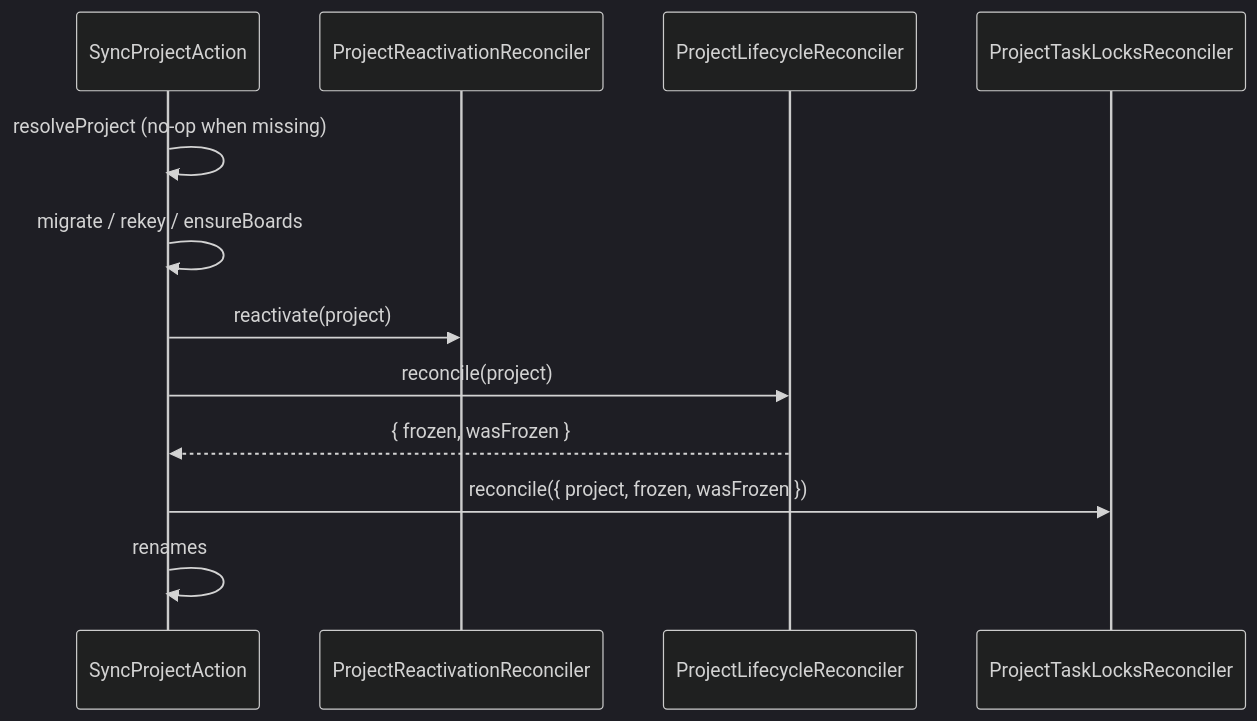
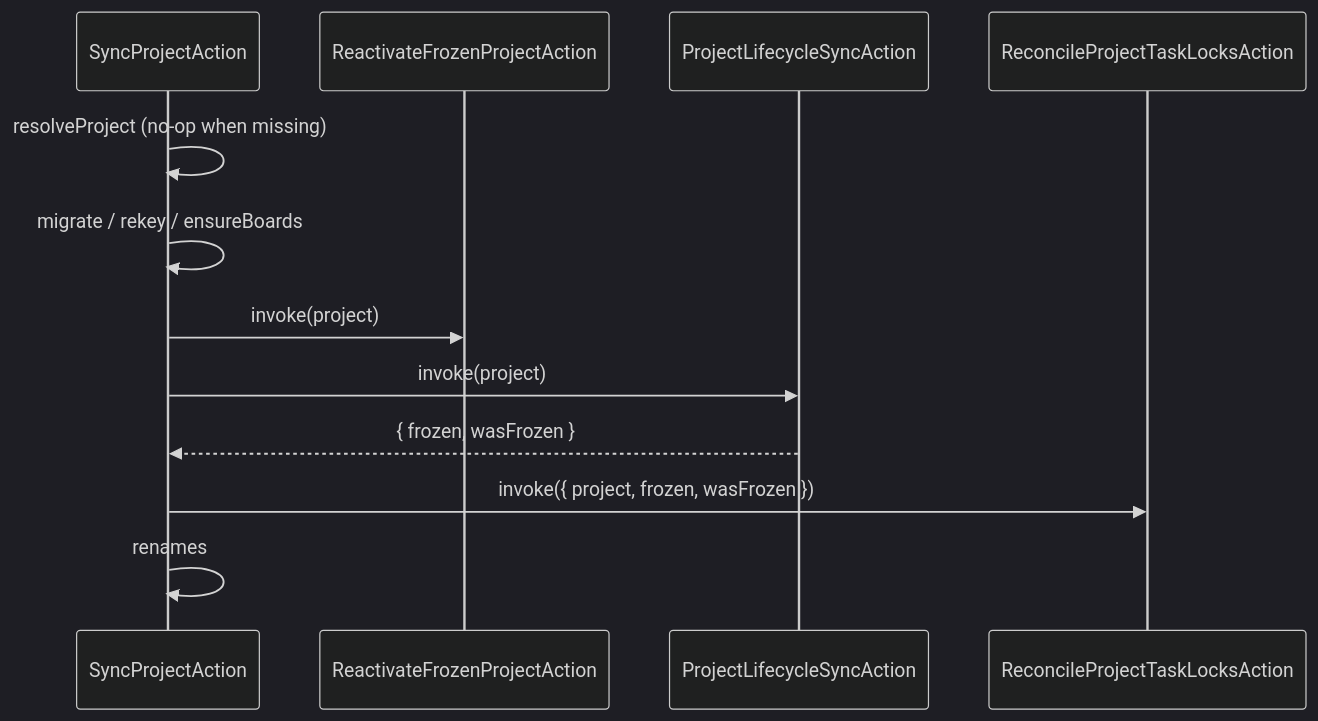
The second of 17 diagrams in docs/developer-manual.md (99linesofcode/obsidian-project-management), drawn with Mermaid (dark theme) before and after one commit. The commit also changed other lines of this file and 31 other files, not shown here.

````diff
--- a/docs/developer-manual.md
+++ b/docs/developer-manual.md
@@ -212,15 +210,15 @@
 ```mermaid
 sequenceDiagram
   participant SP as SyncProjectAction
-  participant React as ProjectReactivationReconciler
-  participant Life as ProjectLifecycleReconciler
-  participant Lock as ProjectTaskLocksReconciler
+  participant React as ReactivateFrozenProjectAction
+  participant Life as ProjectLifecycleSyncAction
+  participant Lock as ReconcileProjectTaskLocksAction
 
   SP->>SP: resolveProject (no-op when missing)
   SP->>SP: migrate / rekey / ensureBoards
-  SP->>React: reactivate(project)
-  SP->>Life: reconcile(project)
+  SP->>React: invoke(project)
+  SP->>Life: invoke(project)
   Life-->>SP: { frozen, wasFrozen }
-  SP->>Lock: reconcile({ project, frozen, wasFrozen })
+  SP->>Lock: invoke({ project, frozen, wasFrozen })
   SP->>SP: renames
 ```
````
